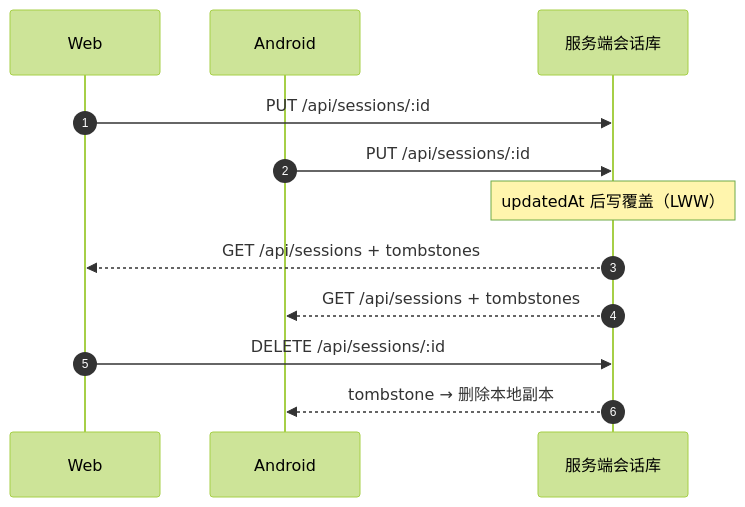
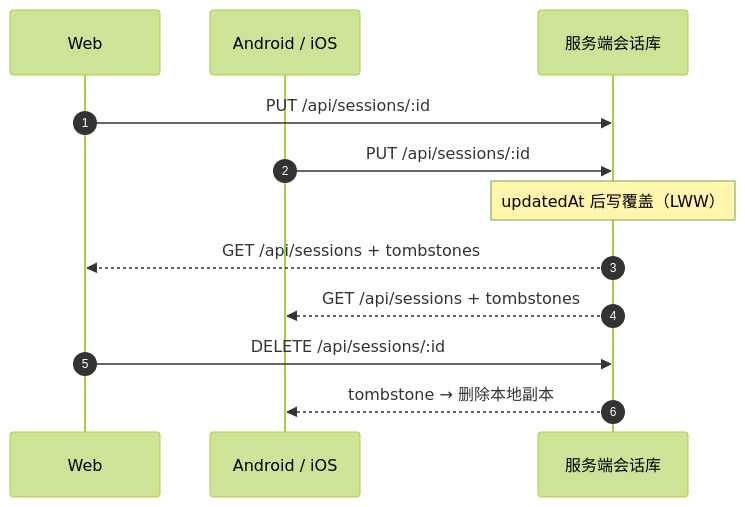
Before and after one commit to TTStick/deepseek-api-ui: the fourth of 4 diagrams in README.md, drawn with Mermaid (forest theme). The commit also changed other lines of this file and 4 other files, not shown here.

````diff
--- a/README.md
+++ b/README.md
@@ -186,15 +248,15 @@
 ```mermaid
 sequenceDiagram
   autonumber
   participant W as Web
-  participant A as Android
+  participant A as Android / iOS
   participant S as 服务端会话库
 
   W->>S: PUT /api/sessions/:id
   A->>S: PUT /api/sessions/:id
   Note over S: updatedAt 后写覆盖（LWW）
   S-->>W: GET /api/sessions + tombstones
   S-->>A: GET /api/sessions + tombstones
   W->>S: DELETE /api/sessions/:id
   S-->>A: tombstone → 删除本地副本
 ```
````
